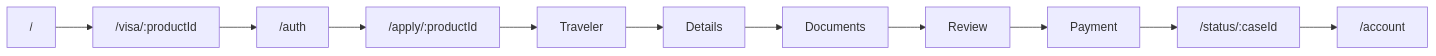
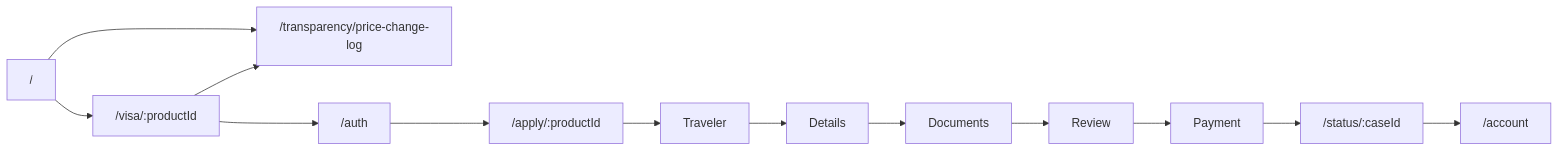
Before and after one commit to rvchauhan99/visaconsultantcrm-frontend: the first of 5 diagrams in docs/platform-kb/flows.md, drawn with Mermaid. The commit also changed 11 other files, not shown here.

````diff
--- a/docs/platform-kb/flows.md
+++ b/docs/platform-kb/flows.md
@@ -7,13 +7,15 @@
 ```mermaid
 flowchart LR
   Landing["/"] --> Visa["/visa/:productId"]
+  Landing --> FeeLog["/transparency/price-change-log"]
+  Visa --> FeeLog
   Visa --> Auth["/auth"]
   Auth --> Apply["/apply/:productId"]
   Apply --> Step1["Traveler"]
   Step1 --> Step2["Details"]
   Step2 --> Step3["Documents"]
   Step3 --> Step4["Review"]
   Step4 --> Step5["Payment"]
   Step5 --> Status["/status/:caseId"]
   Status --> Account["/account"]
 ```
````
